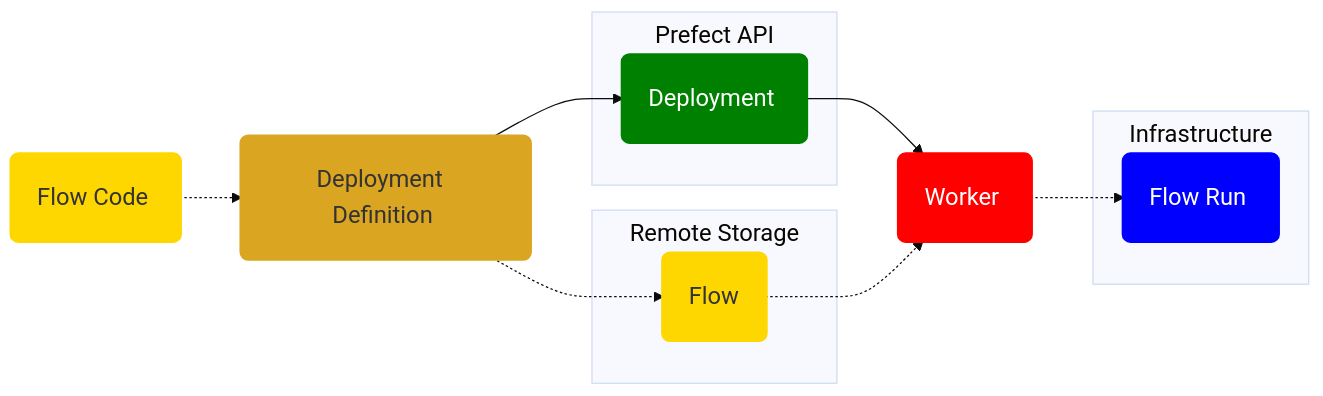
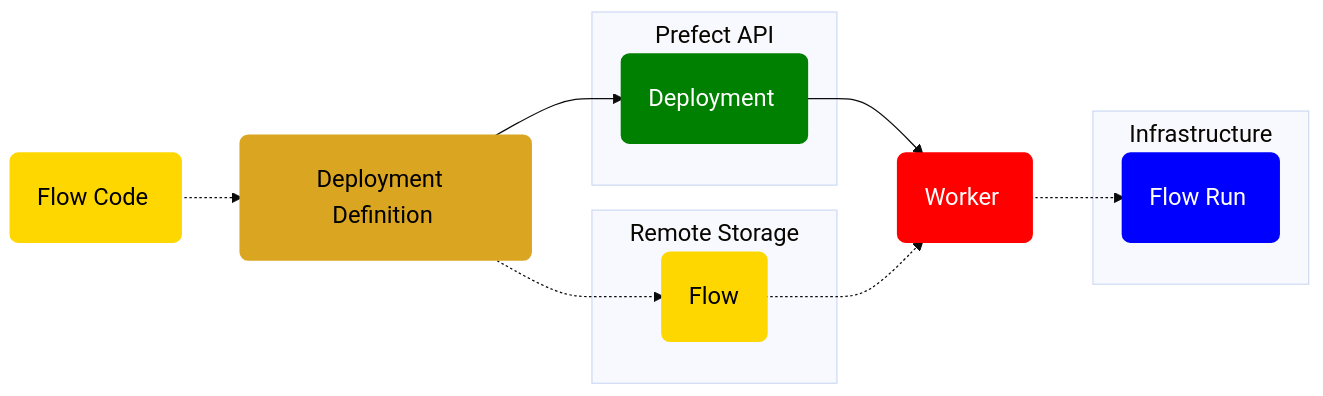
The diagram in docs/guides/prefect-deploy.md (PrefectHQ/prefect), drawn with Mermaid before and after one commit. The commit also changed other lines of this file, not shown here.

Commit message:
split tab and update diagram color

````diff
--- a/docs/guides/prefect-deploy.md
+++ b/docs/guides/prefect-deploy.md
@@ -31,36 +31,36 @@
 ```mermaid
 %%{
   init: {
     'theme': 'base',
     'themeVariables': {
       'fontSize': '19px'
     }
   }
 }%%
 
 flowchart LR
     F("<div style='margin: 5px 10px 5px 5px;'>Flow Code</div>"):::yellow -.-> A("<div style='margin: 5px 10px 5px 5px;'>Deployment Definition</div>"):::gold
     subgraph Server ["<div style='width: 150px; text-align: center; margin-top: 5px;'>Prefect API</div>"]
         D("<div style='margin: 5px 10px 5px 5px;'>Deployment</div>"):::green
     end
     subgraph Remote Storage ["<div style='width: 160px; text-align: center; margin-top: 5px;'>Remote Storage</div>"]
         B("<div style='margin: 5px 6px 5px 5px;'>Flow</div>"):::yellow
     end
     subgraph Infrastructure ["<div style='width: 150px; text-align: center; margin-top: 5px;'>Infrastructure</div>"]
         G("<div style='margin: 5px 10px 5px 5px;'>Flow Run</div>"):::blue
     end
 
     A --> D
     D --> E("<div style='margin: 5px 10px 5px 5px;'>Worker</div>"):::red
     B -.-> E
     A -.-> B
     E -.-> G
 
-    classDef gold fill:goldenrod,stroke:goldenrod,stroke-width:4px
-    classDef yellow fill:gold,stroke:gold,stroke-width:4px
+    classDef gold fill:goldenrod,stroke:goldenrod,stroke-width:4px,color:black
+    classDef yellow fill:gold,stroke:gold,stroke-width:4px,color:black
     classDef gray fill:lightgray,stroke:lightgray,stroke-width:4px
     classDef blue fill:blue,stroke:blue,stroke-width:4px,color:white
     classDef green fill:green,stroke:green,stroke-width:4px,color:white
     classDef red fill:red,stroke:red,stroke-width:4px,color:white
     classDef dkgray fill:darkgray,stroke:darkgray,stroke-width:4px,color:white
 ```
````
